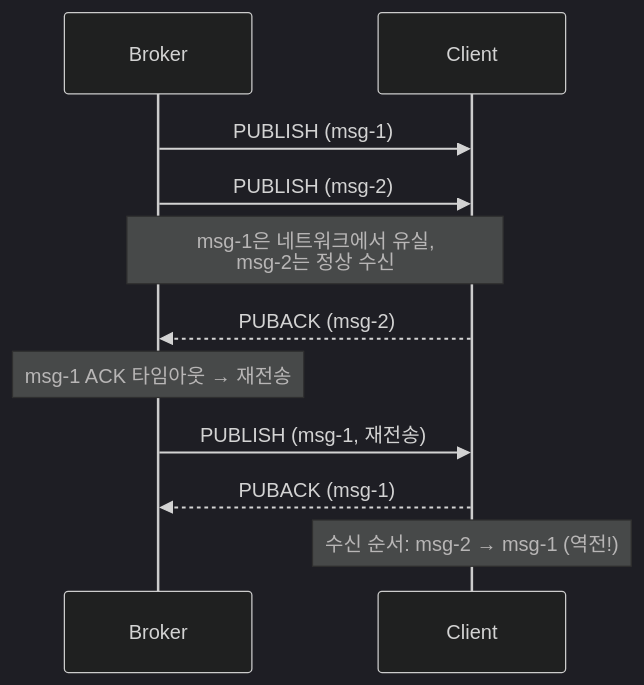
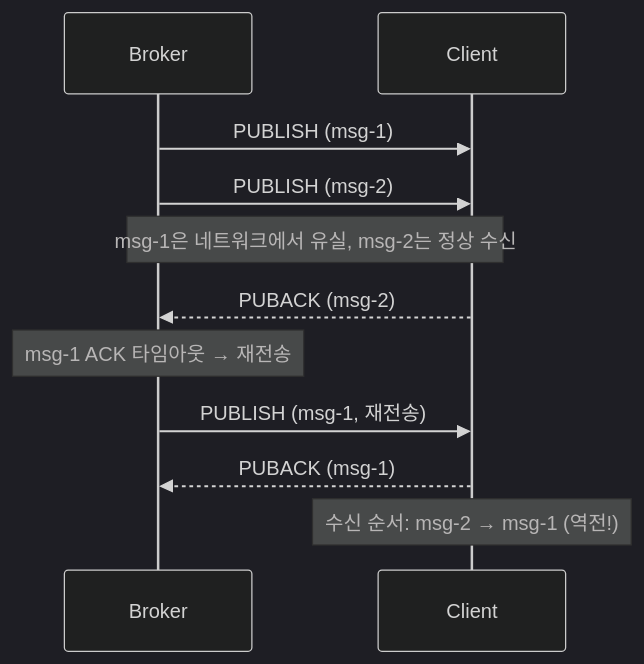
Before and after one commit to kenshin579/blog-v2.advenoh.pe.kr: the ninth of 9 diagrams in contents/database/mqtt-v5-완벽-가이드-3-qos-session-재연결-전략/index.md, drawn with Mermaid (dark theme). The commit also changed other lines of this file and 47 other files, not shown here.

````diff
--- a/contents/database/mqtt-v5-완벽-가이드-3-qos-session-재연결-전략/index.md
+++ b/contents/database/mqtt-v5-완벽-가이드-3-qos-session-재연결-전략/index.md
@@ -502,13 +500,13 @@
 ```mermaid
 sequenceDiagram
     participant B as Broker
     participant C as Client
     B->>C: PUBLISH (msg-1)
     B->>C: PUBLISH (msg-2)
-    Note over B,C: msg-1은 네트워크에서 유실,<br/>msg-2는 정상 수신
+    Note over B,C: msg-1은 네트워크에서 유실, msg-2는 정상 수신
     C-->>B: PUBACK (msg-2)
     Note over B: msg-1 ACK 타임아웃 → 재전송
     B->>C: PUBLISH (msg-1, 재전송)
     C-->>B: PUBACK (msg-1)
     Note over C: 수신 순서: msg-2 → msg-1 (역전!)
 ```
````
